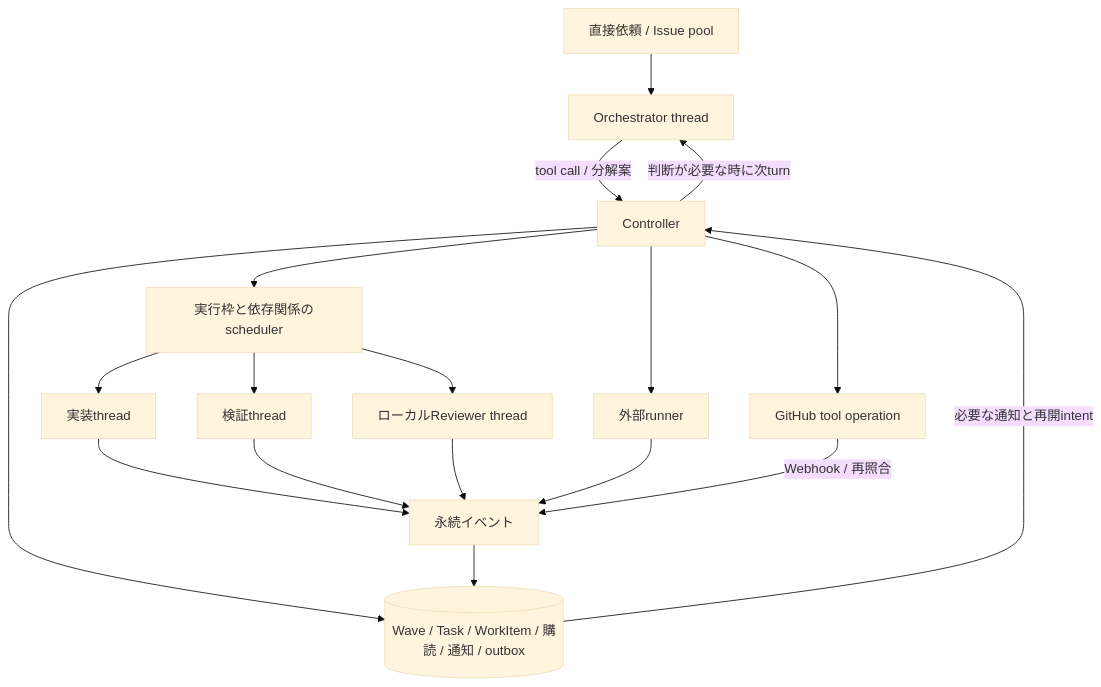
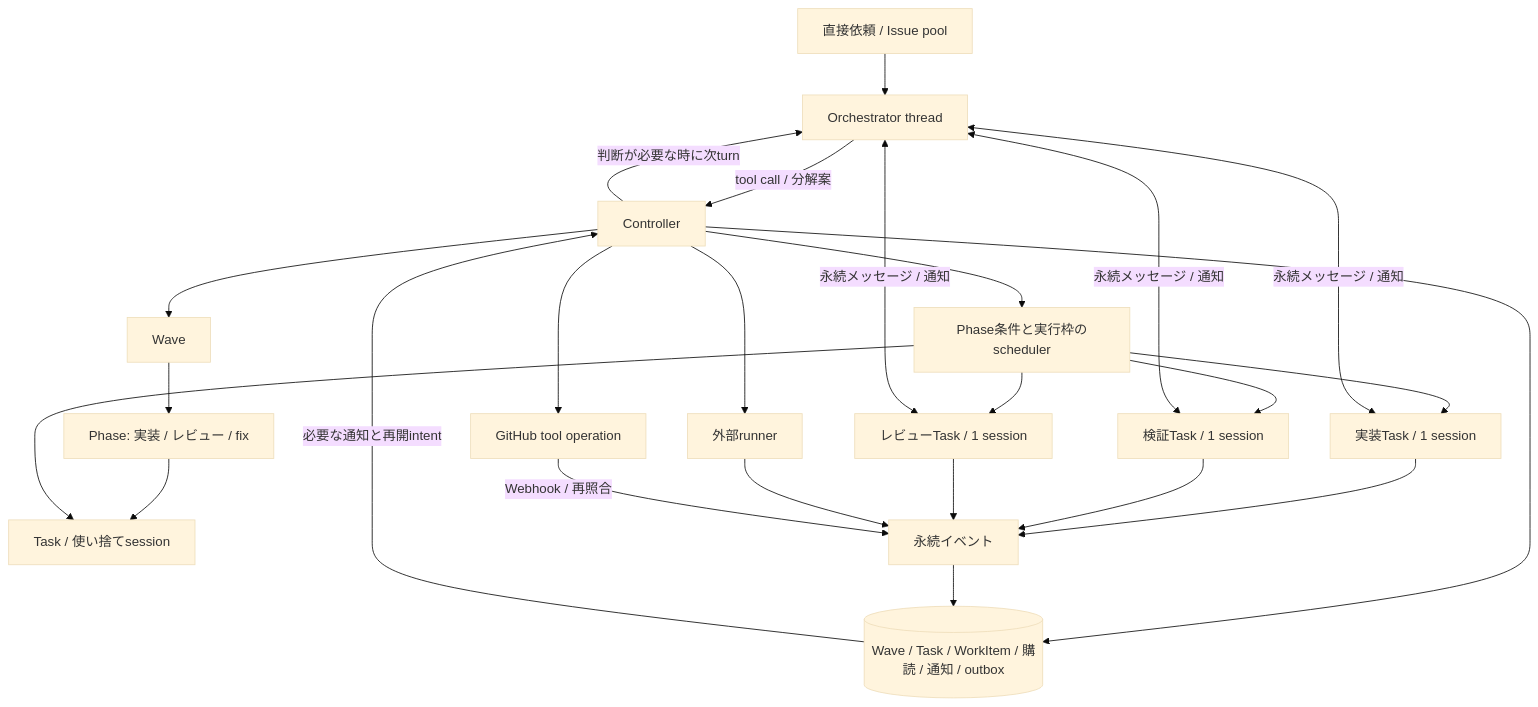
The diagram in implementation-plan.md (xpadev-net/codex-appserver-harness), drawn with Mermaid (base theme) before and after one commit. The commit also changed other lines of this file and 4 other files, not shown here.

````diff
--- a/implementation-plan.md
+++ b/implementation-plan.md
@@ -21,20 +22,27 @@
 ```mermaid
 flowchart TD
   Input[直接依頼 / Issue pool] --> Main[Orchestrator thread]
   Main -->|tool call / 分解案| Runtime[Controller]
   Runtime --> DB[(Wave / Task / WorkItem / 購読 / 通知 / outbox)]
-  Runtime --> Scheduler[実行枠と依存関係のscheduler]
-  Scheduler --> Impl[実装thread]
-  Scheduler --> Verify[検証thread]
-  Scheduler --> Review[ローカルReviewer thread]
+  Runtime --> Wave[Wave]
+  Wave --> Phase[Phase: 実装 / レビュー / fix]
+  Phase --> Task[Task / 使い捨てsession]
+  Runtime --> Scheduler[Phase条件と実行枠のscheduler]
+  Scheduler --> Task
+  Scheduler --> Impl[実装Task / 1 session]
+  Scheduler --> Verify[検証Task / 1 session]
+  Scheduler --> Review[レビューTask / 1 session]
+  Main <-->|永続メッセージ / 通知| Impl
+  Main <-->|永続メッセージ / 通知| Verify
+  Main <-->|永続メッセージ / 通知| Review
   Runtime --> Runner[外部runner]
   Runtime --> GitHub[GitHub tool operation]
   Impl --> Events[永続イベント]
   Verify --> Events
   Review --> Events
   Runner --> Events
   GitHub -->|Webhook / 再照合| Events
   Events --> DB
   DB -->|必要な通知と再開intent| Runtime
   Runtime -->|判断が必要な時に次turn| Main
 ```
````
